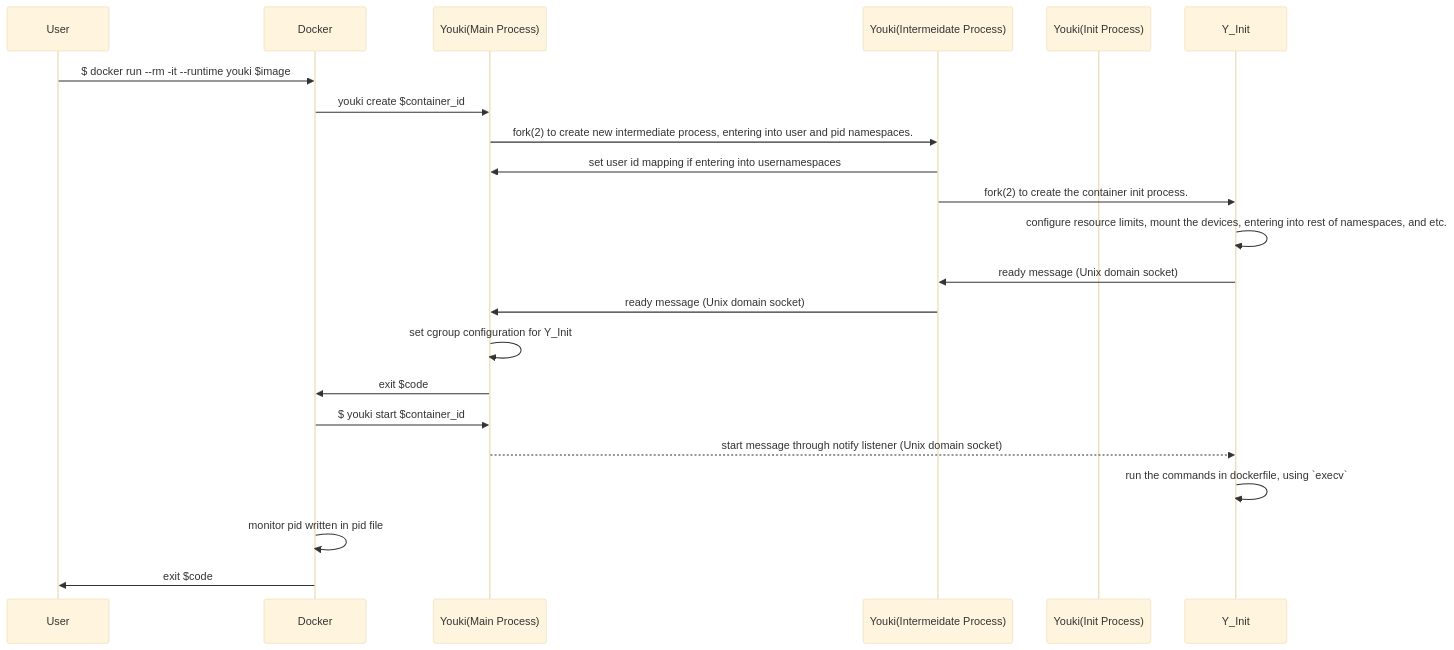
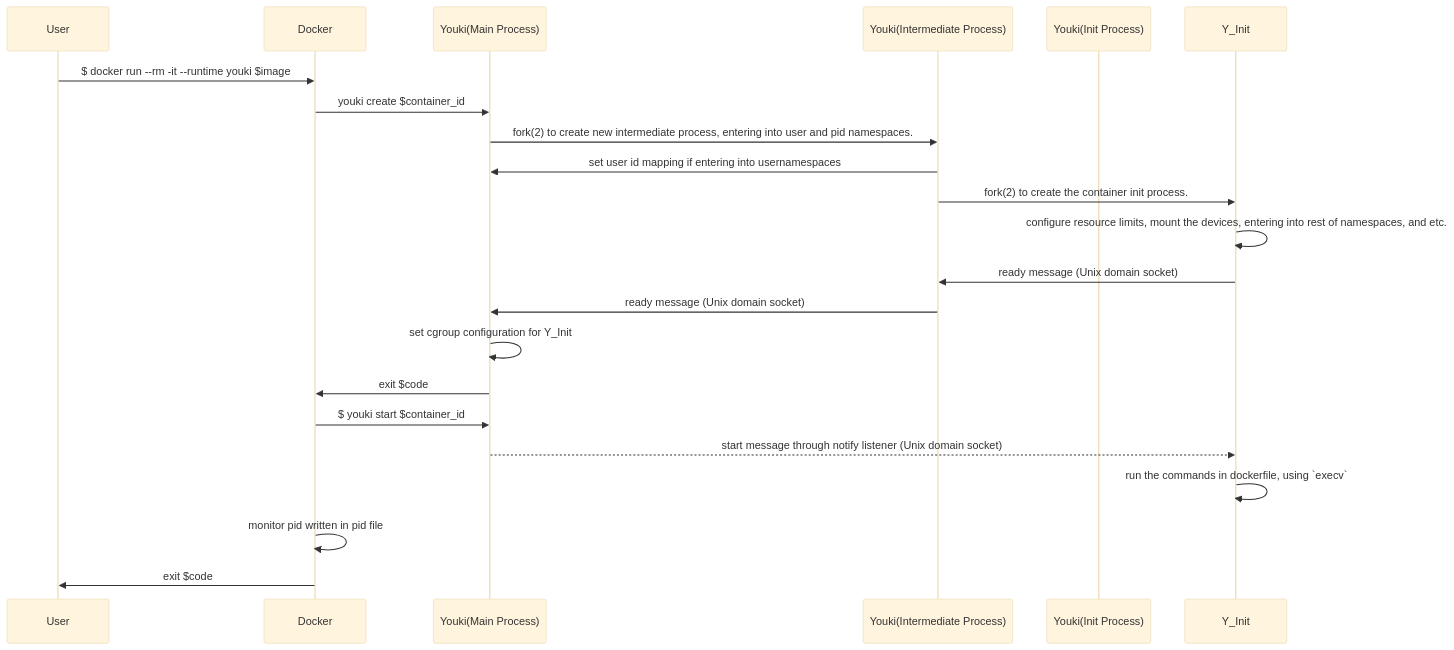
One commit to containers/youki changed the diagram in docs/doc-draft.md. Above: the diagram before and after it, drawn with Mermaid (base theme). The commit also changed 22 other files, not shown here.

````diff
--- a/docs/doc-draft.md
+++ b/docs/doc-draft.md
@@ -23,25 +23,25 @@
 ```mermaid
 sequenceDiagram
 participant U as User
 participant D as Docker
 participant Y_Main as Youki(Main Process)
-participant Y_Intermediate as Youki(Intermeidate Process)
+participant Y_Intermediate as Youki(Intermediate Process)
 participant Y_init as Youki(Init Process)
 
 
 U ->> D : $ docker run --rm -it --runtime youki $image
 D ->> Y_Main : youki create $container_id
 Y_Main ->> Y_Intermediate : fork(2) to create new intermediate process, entering into user and pid namespaces.
 Y_Intermediate ->> Y_Main : set user id mapping if entering into usernamespaces
 Y_Intermediate ->> Y_Init: fork(2) to create the container init process.
 Y_Init ->> Y_Init : configure resource limits, mount the devices, entering into rest of namespaces, and etc.
 Y_Init ->> Y_Intermediate : ready message (Unix domain socket)
 Y_Intermediate ->> Y_Main : ready message (Unix domain socket)
 Y_Main ->> Y_Main: set cgroup configuration for Y_Init
 Y_Main ->> D : exit $code
 D ->> Y_Main : $ youki start $container_id
 Y_Main -->> Y_Init : start message through notify listener (Unix domain socket)
 Y_Init ->> Y_Init : run the commands in dockerfile, using `execv`
 D ->> D : monitor pid written in pid file
 D ->> U : exit $code
 ```
````
